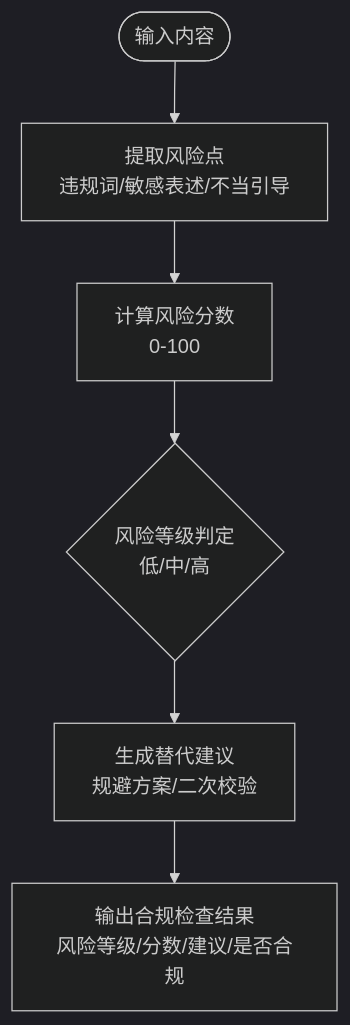
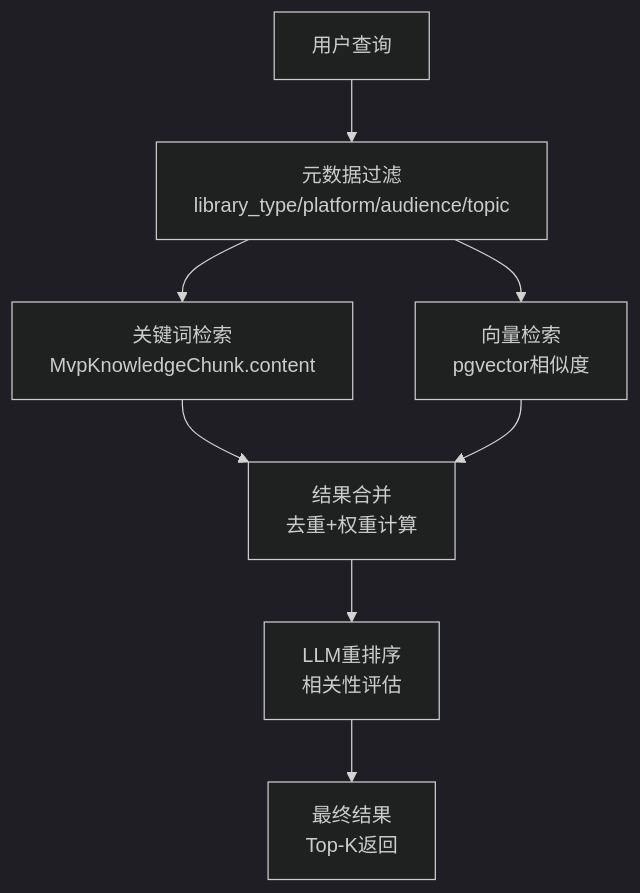
One commit to dream-ze/AI_huoke- changed the sixth of 7 diagrams in .qoder/repowiki/zh/content/AI内容处理系统/AI内容处理系统.md. Above: the diagram before and after it, drawn with Mermaid (dark theme). The commit also changed other lines of this file and 25 other files, not shown here.

````diff
--- a/.qoder/repowiki/zh/content/AI内容处理系统/AI内容处理系统.md
+++ b/.qoder/repowiki/zh/content/AI内容处理系统/AI内容处理系统.md
@@ -185,8 +356,10 @@
 ```mermaid
 flowchart TD
-Start(["输入内容"]) --> ExtractRisk["提取风险点<br/>违规词/敏感表述/不当引导"]
-ExtractRisk --> Score["计算风险分数<br/>0-100"]
-Score --> Level{"风险等级判定<br/>低/中/高"}
-Level --> Suggestions["生成替代建议<br/>规避方案/二次校验"]
-Suggestions --> Output["输出合规检查结果<br/>风险等级/分数/建议/是否合规"]
+QUERY["用户查询"] --> META_FILTER["元数据过滤<br/>library_type/platform/audience/topic"]
+META_FILTER --> KEYWORD_SEARCH["关键词检索<br/>MvpKnowledgeChunk.content"]
+META_FILTER --> VECTOR_SEARCH["向量检索<br/>pgvector相似度"]
+KEYWORD_SEARCH --> MERGE["结果合并<br/>去重+权重计算"]
+VECTOR_SEARCH --> MERGE
+MERGE --> RERANK["LLM重排序<br/>相关性评估"]
+RERANK --> RESULT["最终结果<br/>Top-K返回"]
 ```
````
